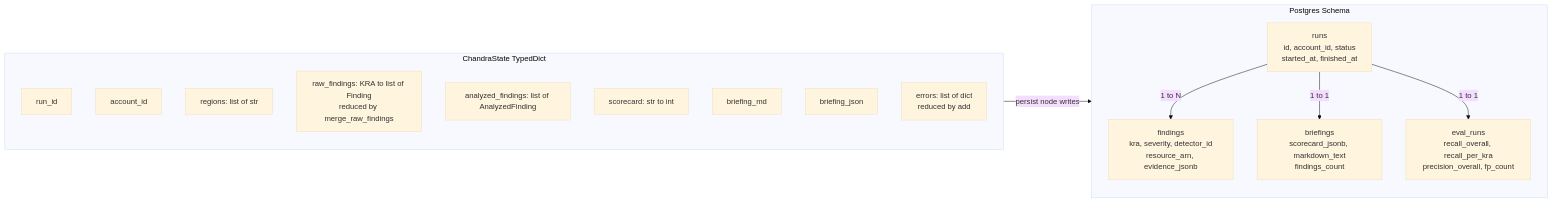
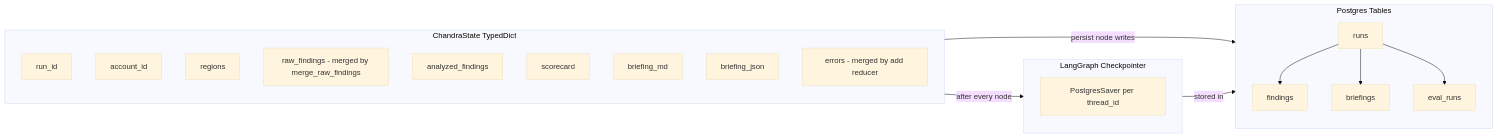
The third of 3 diagrams in README.md (phanindraintelligenzit-afk/chandra), drawn with Mermaid (base theme) before and after one commit. The commit also changed other lines of this file, not shown here.

Commit message:
finalized architecture diagrams

````diff
--- a/README.md
+++ b/README.md
@@ -139,26 +129,32 @@
 ```mermaid
 flowchart LR
-    subgraph ChandraState["ChandraState TypedDict"]
-        S1[run_id]
-        S2[account_id]
-        S3["regions: list of str"]
-        S4["raw_findings: KRA to list of Finding\nreduced by merge_raw_findings"]
-        S5["analyzed_findings: list of AnalyzedFinding"]
-        S6["scorecard: str to int"]
-        S7[briefing_md]
-        S8[briefing_json]
-        S9["errors: list of dict\nreduced by add"]
+    subgraph State["ChandraState TypedDict"]
+        S1["run_id"]
+        S2["account_id"]
+        S3["regions"]
+        S4["raw_findings - merged by merge_raw_findings"]
+        S5["analyzed_findings"]
+        S6["scorecard"]
+        S7["briefing_md"]
+        S8["briefing_json"]
+        S9["errors - merged by add reducer"]
     end
 
-    subgraph DBSchema["Postgres Schema"]
-        R["runs\nid, account_id, status\nstarted_at, finished_at"]
-        F["findings\nkra, severity, detector_id\nresource_arn, evidence_jsonb"]
-        B["briefings\nscorecard_jsonb, markdown_text\nfindings_count"]
-        E["eval_runs\nrecall_overall, recall_per_kra\nprecision_overall, fp_count"]
-        R -->|1 to N| F
-        R -->|1 to 1| B
-        R -->|1 to 1| E
+    subgraph PG["Postgres Tables"]
+        R["runs"]
+        F["findings"]
+        B["briefings"]
+        E["eval_runs"]
+        R --> F
+        R --> B
+        R --> E
     end
 
-    ChandraState -->|persist node writes| DBSchema
+    subgraph CP["LangGraph Checkpointer"]
+        CPn["PostgresSaver per thread_id"]
+    end
+
+    State -->|persist node writes| PG
+    State -->|after every node| CP
+    CP -->|stored in| PG
 ```
````
